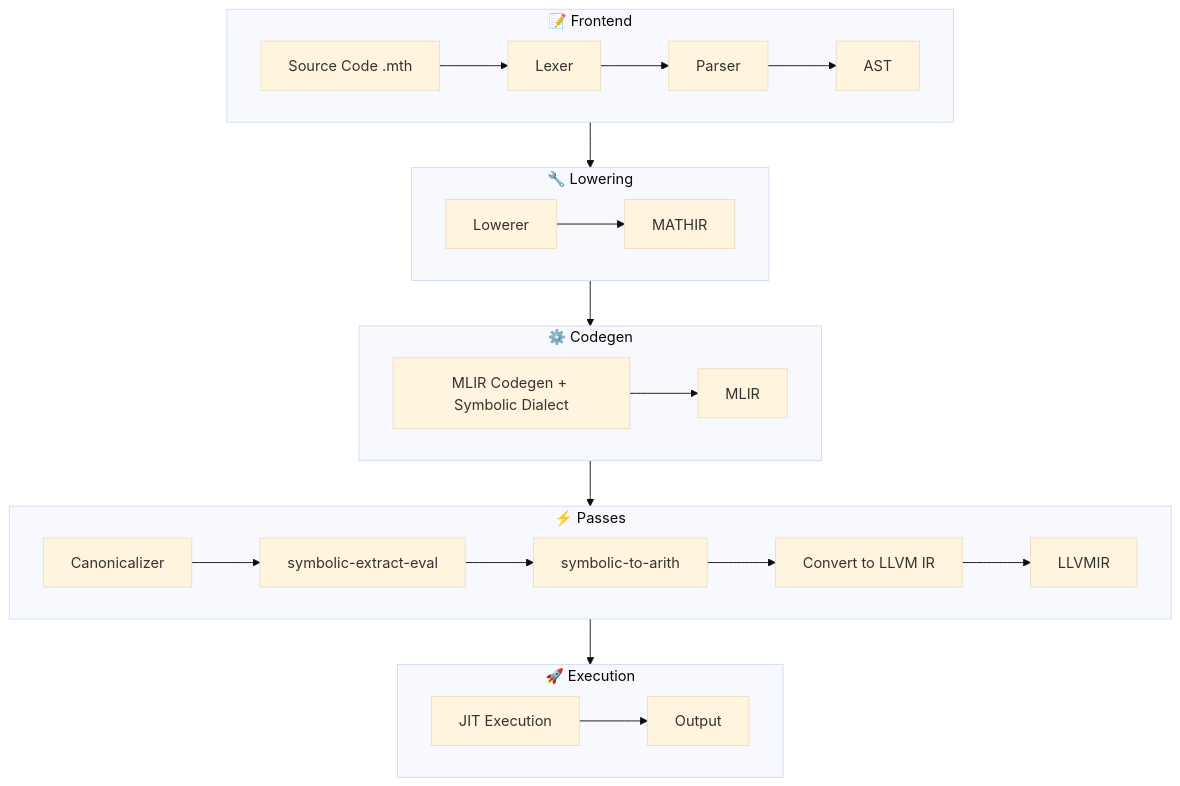
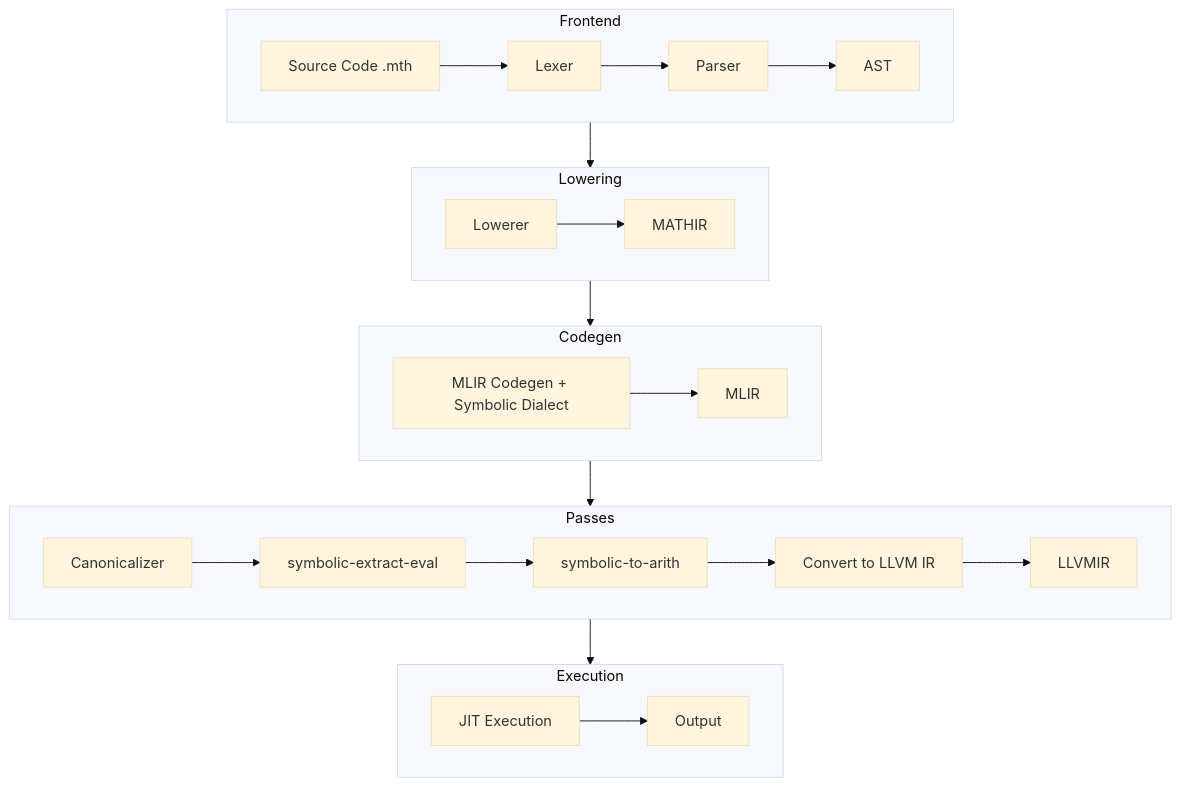
One commit to FrancoGiachetta/mathic changed the diagram in docs/README.md. Above: the diagram before and after it, drawn with Mermaid (base theme). The commit also changed other lines of this file and 4 other files, not shown here.

````diff
--- a/docs/README.md
+++ b/docs/README.md
@@ -77,32 +82,32 @@
 ```mermaid
 flowchart TD
-    subgraph Frontend["📝 Frontend"]
+    subgraph Frontend["Frontend"]
         direction LR
         Source[Source Code .mth] --> Lexer --> Parser --> AST
     end
 
-    subgraph Lowering["🔧 Lowering"]
+    subgraph Lowering["Lowering"]
         direction LR
         Lowerer --> MATHIR
     end
 
-    subgraph Codegen["⚙️ Codegen"]
+    subgraph Codegen["Codegen"]
         direction LR
         MLIR[MLIR Codegen + Symbolic Dialect]
         MLIR --> MLIROut[MLIR]
     end
 
-    subgraph Passes["⚡ Passes"]
+    subgraph Passes["Passes"]
         direction LR
         Canonicalizer --> ExtractEval[symbolic-extract-eval] --> ToArith[symbolic-to-arith] --> LLVM[Convert to LLVM IR] --> LLVMIR
     end
 
-    subgraph Execution["🚀 Execution"]
+    subgraph Execution["Execution"]
         direction LR
         JIT[JIT Execution] --> Output
     end
 
     Frontend --> Lowering --> Codegen
     Codegen --> Passes
     Passes --> Execution
 ```
````
